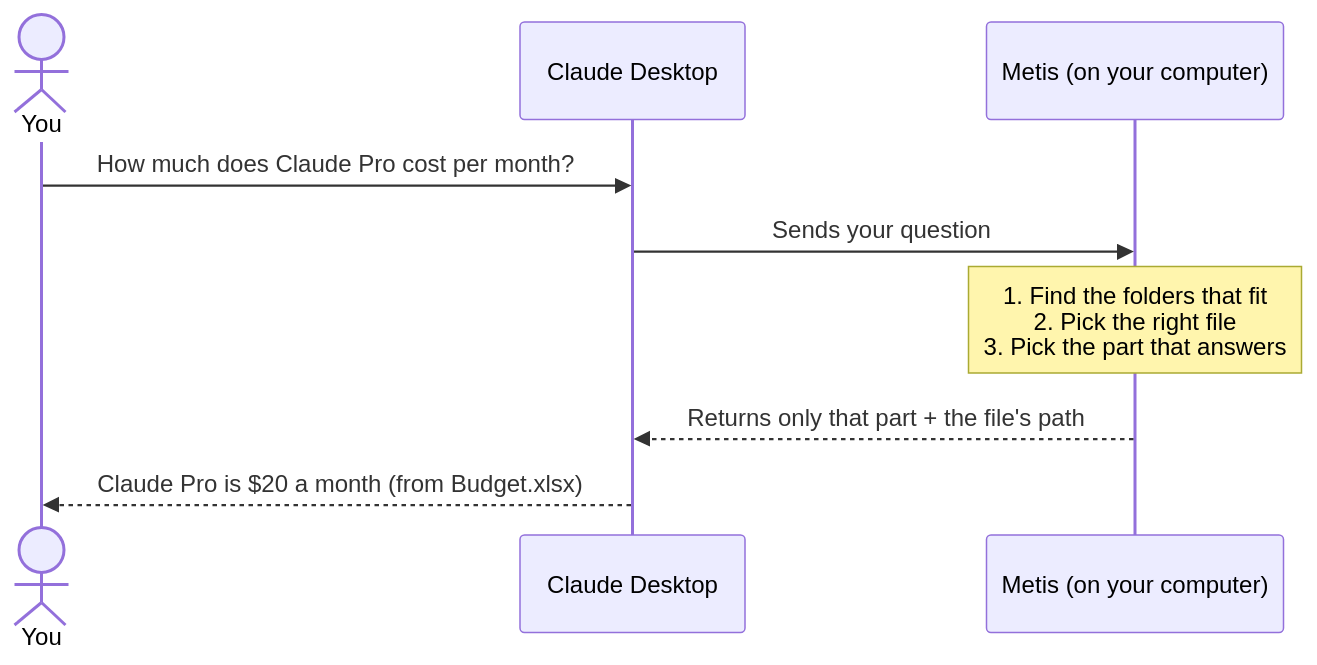
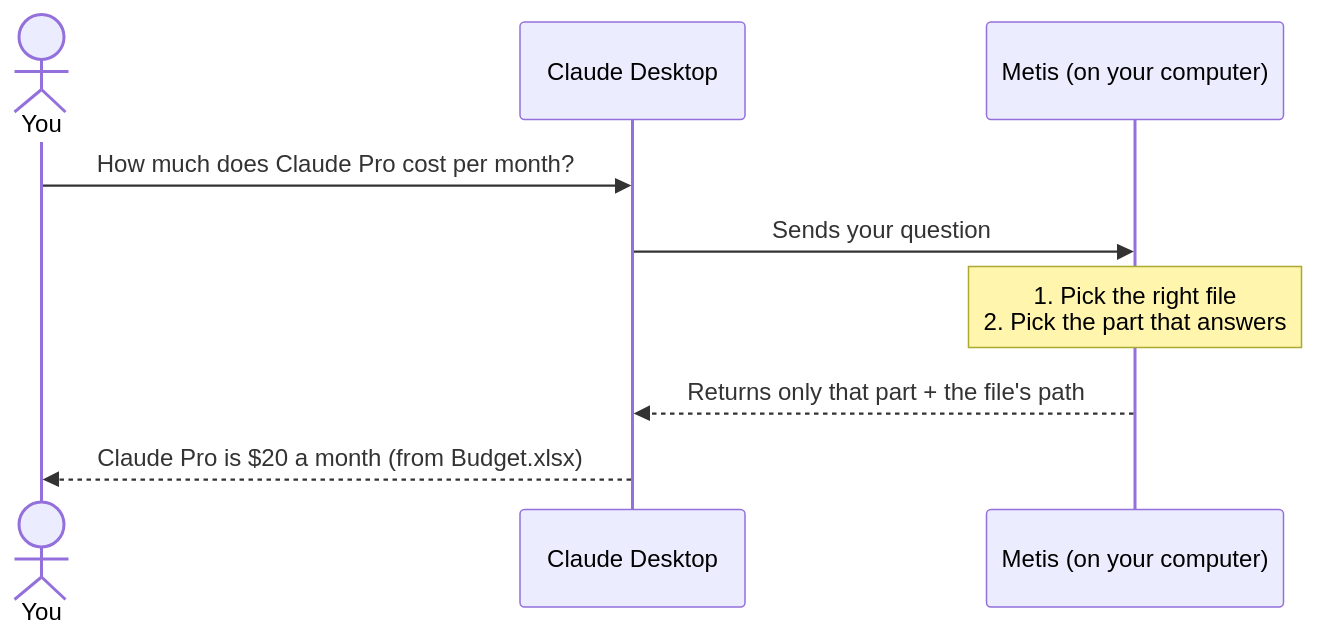
The diagram in README.md (ItzJLaugh/metis), drawn with Mermaid before and after one commit. The commit also changed other lines of this file and 1 other file, not shown here.

````diff
--- a/README.md
+++ b/README.md
@@ -16,11 +16,11 @@
 ```mermaid
 sequenceDiagram
     actor You
     participant Claude as Claude Desktop
     participant Metis as Metis (on your computer)
     You->>Claude: How much does Claude Pro cost per month?
     Claude->>Metis: Sends your question
-    Note over Metis: 1. Find the folders that fit<br/>2. Pick the right file<br/>3. Pick the part that answers
+    Note over Metis: 1. Pick the right file<br/>2. Pick the part that answers
     Metis-->>Claude: Returns only that part + the file's path
     Claude-->>You: Claude Pro is $20 a month (from Budget.xlsx)
 ```
````
